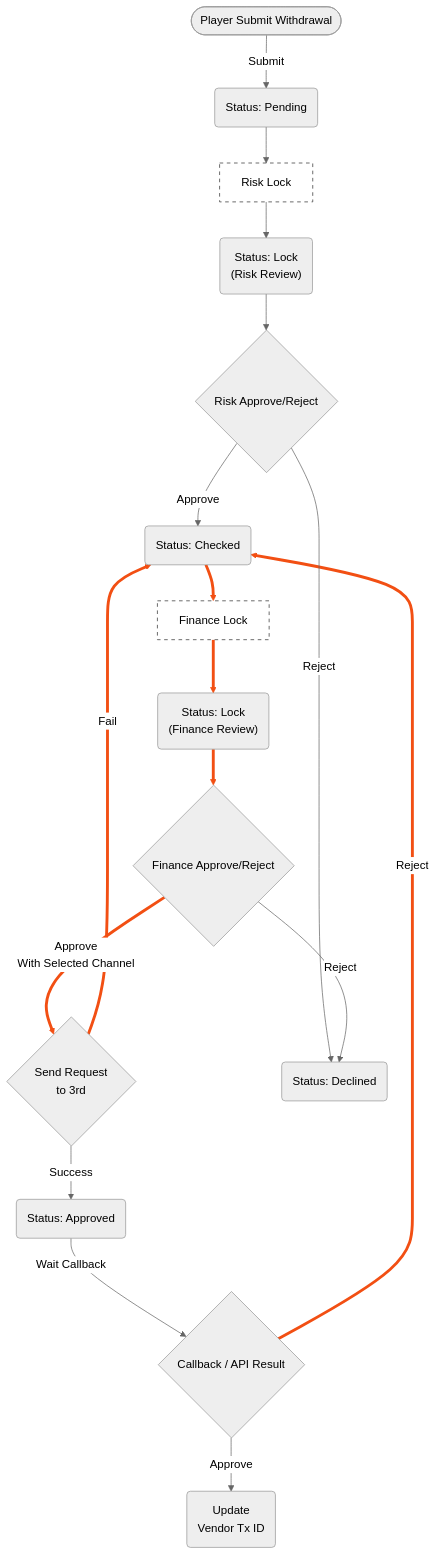
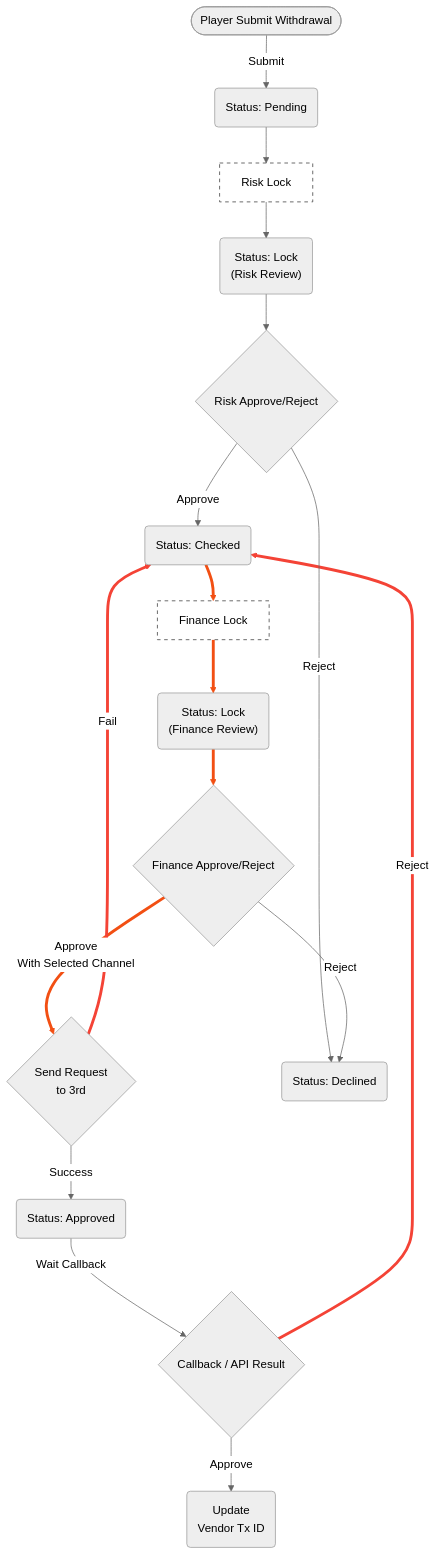
One commit to almightyken0425/SuSuGiGiSpec changed the first of 2 diagrams in no99_archive/sitflowchart.md. Above: the diagram before and after it, drawn with Mermaid (neutral theme). The commit also changed other lines of this file, not shown here.

````diff
--- a/no99_archive/sitflowchart.md
+++ b/no99_archive/sitflowchart.md
@@ -29,55 +29,56 @@
 ```mermaid
 graph TD
     %% 節點定義
     Start(["Player Submit Withdrawal"])
     Pending("Status: Pending")
     
     RiskLockActionBox["Risk Lock"]
     RiskLock("Status: Lock<br/>(Risk Review)")
     
     RiskAction{"Risk Approve/Reject"}
     Checked("Status: Checked")
     
     FinanceLockActionBox["Finance Lock"]
     FinanceLock("Status: Lock<br/>(Finance Review)")
     
     FinanceAction{"Finance Approve/Reject"}
     RequestAction{"Send Request<br/>to 3rd"}
     FinanceApproved("Status: Approved")
     
     Decline("Status: Declined")
     Success("Update<br>Vendor Tx ID")
     Callback{"Callback / API Result"}
 
     Start -->|"Submit"| Pending
     
     Pending --> RiskLockActionBox
     RiskLockActionBox --> RiskLock
     
     RiskLock --> RiskAction
     
     RiskAction -->|"Approve"| Checked
     
     Checked ==> FinanceLockActionBox
     FinanceLockActionBox ==> FinanceLock
     
     FinanceLock ==> FinanceAction
     
     FinanceAction ==>|"Approve<br/>With Selected Channel"| RequestAction
     
     RequestAction -->|"Success"| FinanceApproved
     RequestAction -->|"Fail"| Checked
     
     FinanceApproved -->|"Wait Callback"| Callback
 
     Callback -->|"Approve"| Success
     Callback -->|"Reject"| Checked
 
     RiskAction -->|"Reject"| Decline
     FinanceAction -->|"Reject"| Decline
 
-    linkStyle 5,6,7,8,10,13 stroke:#F24F13,stroke-width:4px;
+    linkStyle 5,6,7,8 stroke:#F24F13,stroke-width:4px;
+    linkStyle 10,13 stroke:#f44336,stroke-width:4px;
 
     style RiskLockActionBox fill:#fff,stroke:#333,stroke-dasharray: 5 5
     style FinanceLockActionBox fill:#fff,stroke:#333,stroke-dasharray: 5 5
 ```
````
